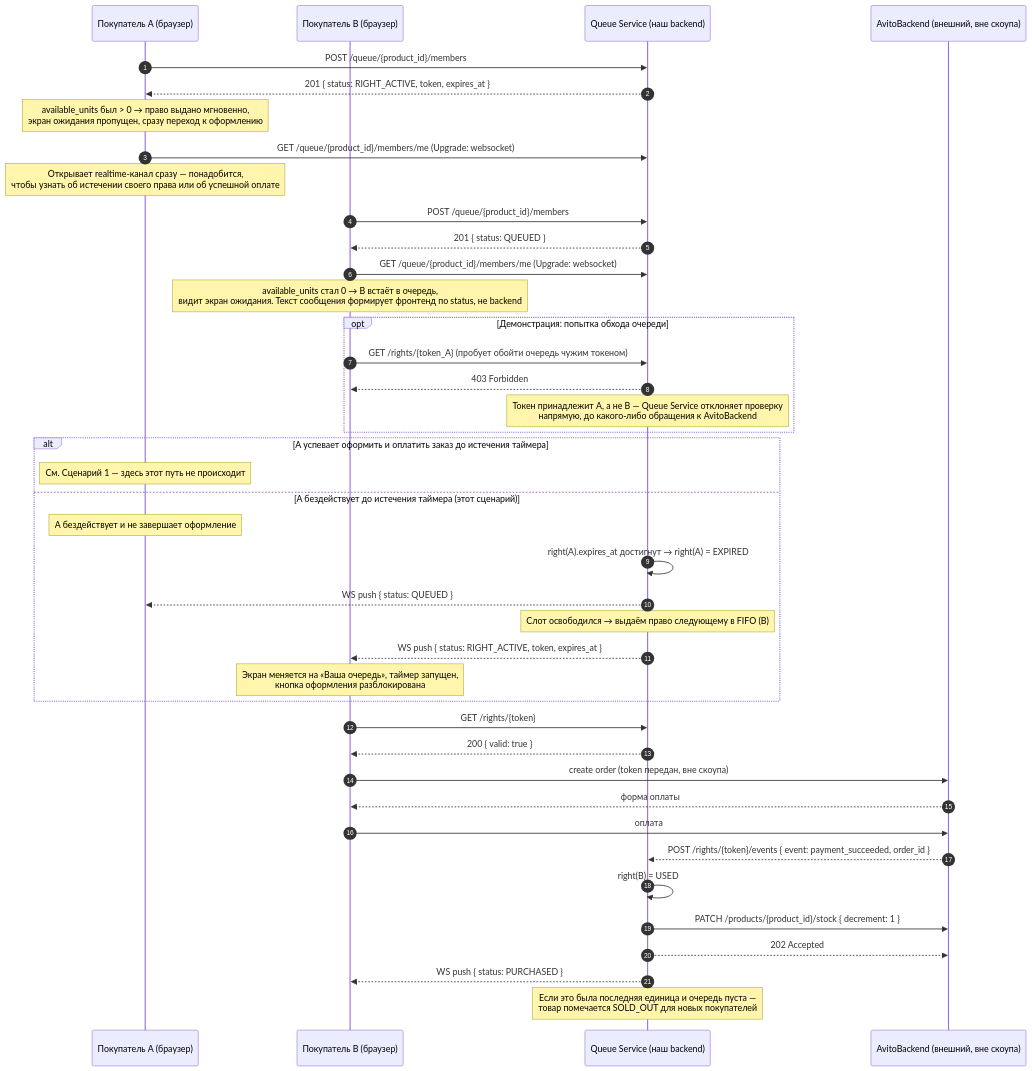
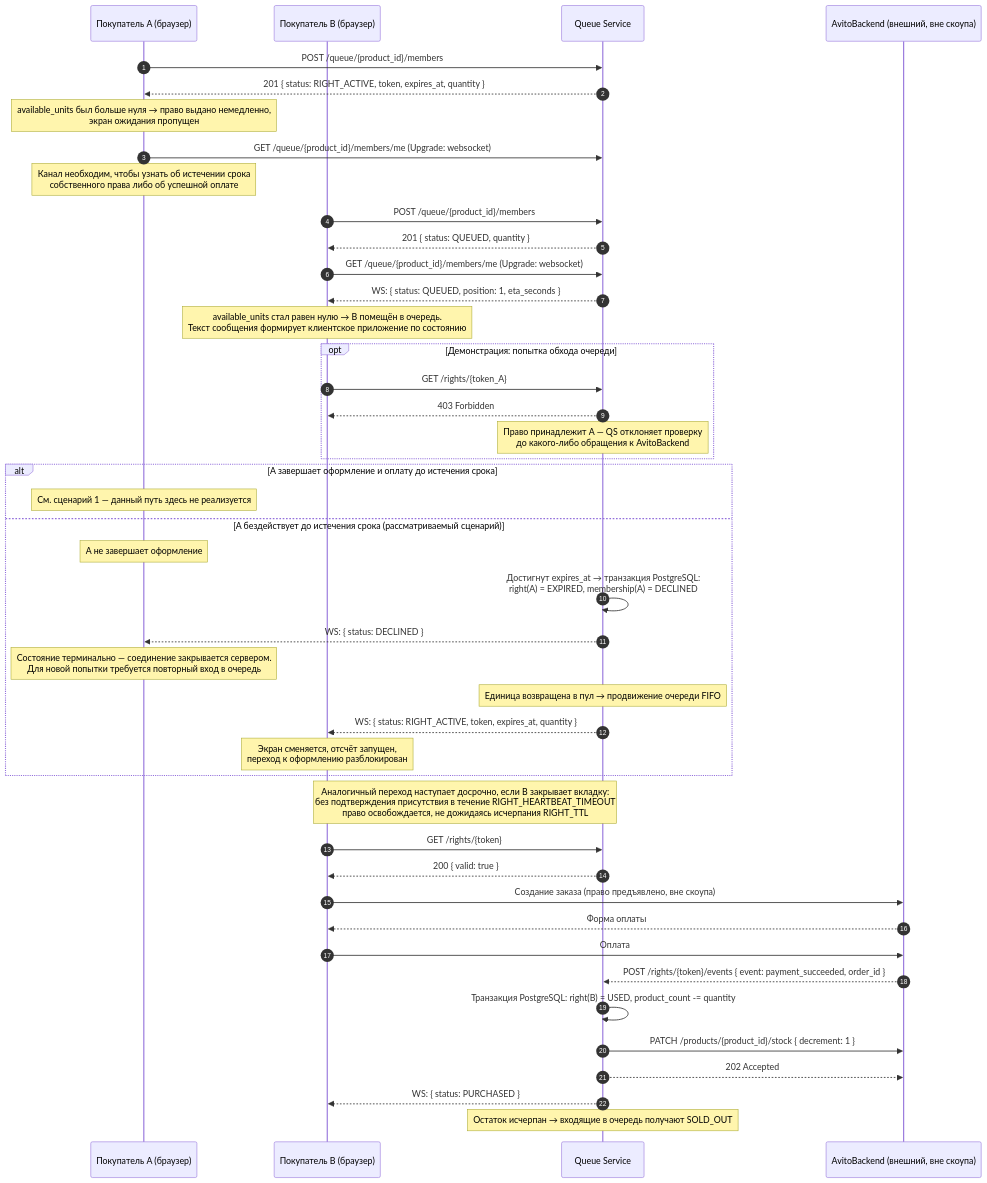
One commit to bigboynixxik/team-10-queue-serivce changed the second of 4 diagrams in docs/diagrams.md. Above: the diagram before and after it, drawn with Mermaid. The commit also changed other lines of this file and 15 other files, not shown here.

````diff
--- a/docs/diagrams.md
+++ b/docs/diagrams.md
@@ -50,53 +56,57 @@
 ```mermaid
 sequenceDiagram
     autonumber
     participant A as Покупатель A (браузер)
     participant B as Покупатель B (браузер)
-    participant QS as Queue Service (наш backend)
+    participant QS as Queue Service
     participant AB as AvitoBackend (внешний, вне скоупа)
 
     A->>QS: POST /queue/{product_id}/members
-    QS-->>A: 201 { status: RIGHT_ACTIVE, token, expires_at }
-    Note over A: available_units был > 0 → право выдано мгновенно,<br/>экран ожидания пропущен, сразу переход к оформлению
+    QS-->>A: 201 { status: RIGHT_ACTIVE, token, expires_at, quantity }
+    Note over A: available_units был больше нуля → право выдано немедленно,<br/>экран ожидания пропущен
 
     A->>QS: GET /queue/{product_id}/members/me (Upgrade: websocket)
-    Note over A: Открывает realtime-канал сразу — понадобится,<br/>чтобы узнать об истечении своего права или об успешной оплате
+    Note over A: Канал необходим, чтобы узнать об истечении срока<br/>собственного права либо об успешной оплате
 
     B->>QS: POST /queue/{product_id}/members
-    QS-->>B: 201 { status: QUEUED }
+    QS-->>B: 201 { status: QUEUED, quantity }
     B->>QS: GET /queue/{product_id}/members/me (Upgrade: websocket)
-    Note over B: available_units стал 0 → B встаёт в очередь,<br/>видит экран ожидания. Текст сообщения формирует фронтенд по status, не backend
+    QS-->>B: WS: { status: QUEUED, position: 1, eta_seconds }
+    Note over B: available_units стал равен нулю → B помещён в очередь.<br/>Текст сообщения формирует клиентское приложение по состоянию
 
     opt Демонстрация: попытка обхода очереди
-        B->>QS: GET /rights/{token_A} (пробует обойти очередь чужим токеном)
+        B->>QS: GET /rights/{token_A}
         QS-->>B: 403 Forbidden
-        Note over QS: Токен принадлежит A, а не B — Queue Service отклоняет проверку<br/>напрямую, до какого-либо обращения к AvitoBackend
+        Note over QS: Право принадлежит A — QS отклоняет проверку<br/>до какого-либо обращения к AvitoBackend
     end
 
-    alt A успевает оформить и оплатить заказ до истечения таймера
-        Note over A: См. Сценарий 1 — здесь этот путь не происходит
-    else A бездействует до истечения таймера (этот сценарий)
-        Note over A: A бездействует и не завершает оформление
+    alt A завершает оформление и оплату до истечения срока
+        Note over A: См. сценарий 1 — данный путь здесь не реализуется
+    else A бездействует до истечения срока (рассматриваемый сценарий)
+        Note over A: A не завершает оформление
 
-        QS->>QS: right(A).expires_at достигнут → right(A) = EXPIRED
-        QS-->>A: WS push { status: QUEUED }
-        Note over QS: Слот освободился → выдаём право следующему в FIFO (B)
+        QS->>QS: Достигнут expires_at → транзакция PostgreSQL:<br/>right(A) = EXPIRED, membership(A) = DECLINED
+        QS-->>A: WS: { status: DECLINED }
+        Note over A: Состояние терминально — соединение закрывается сервером.<br/>Для новой попытки требуется повторный вход в очередь
 
-        QS-->>B: WS push { status: RIGHT_ACTIVE, token, expires_at }
-        Note over B: Экран меняется на «Ваша очередь», таймер запущен,<br/>кнопка оформления разблокирована
+        Note over QS: Единица возвращена в пул → продвижение очереди FIFO
+        QS-->>B: WS: { status: RIGHT_ACTIVE, token, expires_at, quantity }
+        Note over B: Экран сменяется, отсчёт запущен,<br/>переход к оформлению разблокирован
     end
+
+    Note over QS,B: Аналогичный переход наступает досрочно, если B закрывает вкладку:<br/>без подтверждения присутствия в течение RIGHT_HEARTBEAT_TIMEOUT<br/>право освобождается, не дожидаясь исчерпания RIGHT_TTL
 
     B->>QS: GET /rights/{token}
     QS-->>B: 200 { valid: true }
 
-    B->>AB: create order (token передан, вне скоупа)
-    AB-->>B: форма оплаты
-    B->>AB: оплата
+    B->>AB: Создание заказа (право предъявлено, вне скоупа)
+    AB-->>B: Форма оплаты
+    B->>AB: Оплата
     AB-->>QS: POST /rights/{token}/events { event: payment_succeeded, order_id }
 
-    QS->>QS: right(B) = USED
+    QS->>QS: Транзакция PostgreSQL: right(B) = USED, product_count -= quantity
     QS->>AB: PATCH /products/{product_id}/stock { decrement: 1 }
     QS-->>AB: 202 Accepted
-    QS-->>B: WS push { status: PURCHASED }
-    Note over QS: Если это была последняя единица и очередь пуста —<br/>товар помечается SOLD_OUT для новых покупателей
+    QS-->>B: WS: { status: PURCHASED }
+    Note over QS: Остаток исчерпан → входящие в очередь получают SOLD_OUT
 ```
````
